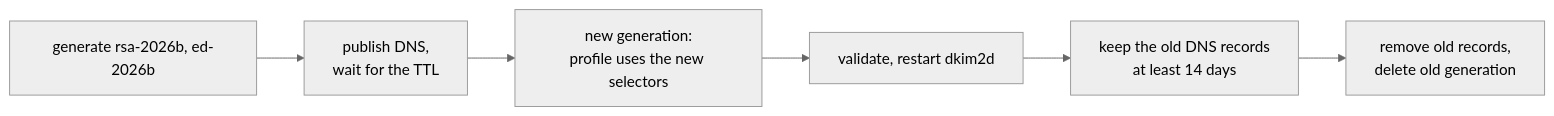
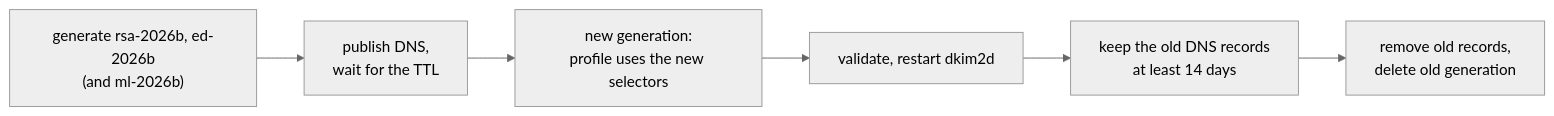
Before and after one commit to croessner/dkim2: the diagram in docs/guide/keys-and-dns.md, drawn with Mermaid (neutral theme). The commit also changed other lines of this file and 2 other files, not shown here.

First line of the commit message:
Docs: Explain ML-DSA-44 keys in the keys and DNS guide

````diff
--- a/docs/guide/keys-and-dns.md
+++ b/docs/guide/keys-and-dns.md
@@ -258,8 +336,8 @@
 ```mermaid
 flowchart LR
-    a["generate rsa-2026b, ed-2026b"] --> b["publish DNS,<br/>wait for the TTL"]
+    a["generate rsa-2026b, ed-2026b<br/>(and ml-2026b)"] --> b["publish DNS,<br/>wait for the TTL"]
     b --> c["new generation:<br/>profile uses the new selectors"]
     c --> d["validate, restart dkim2d"]
     d --> e["keep the old DNS records<br/>at least 14 days"]
     e --> f["remove old records,<br/>delete old generation"]
 ```
````
